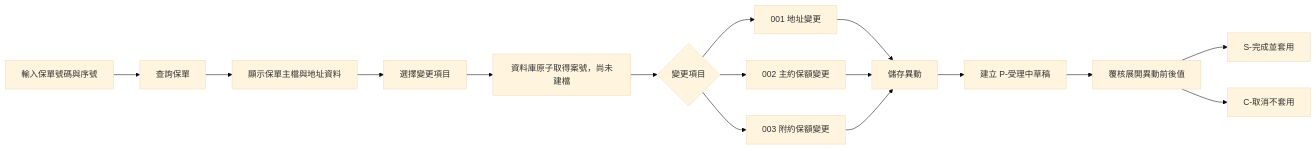
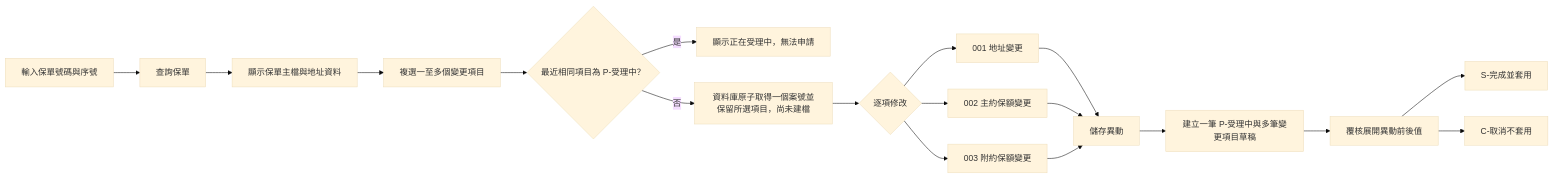
Before and after one commit to lin-chia-ying0630/pos-web: the first of 6 diagrams in readme.md, drawn with Mermaid (base theme). The commit also changed other lines of this file and 35 other files, not shown here.

````diff
--- a/readme.md
+++ b/readme.md
@@ -9,18 +33,20 @@
 ```mermaid
 flowchart LR
     A["輸入保單號碼與序號"] --> B["查詢保單"]
     B --> C["顯示保單主檔與地址資料"]
-    C --> D["選擇變更項目"]
-    D --> E["資料庫原子取得案號，尚未建檔"]
-    E --> F{"變更項目"}
+    C --> D["複選一至多個變更項目"]
+    D --> E{"最近相同項目為 P-受理中？"}
+    E -->|是| O["顯示正在受理中，無法申請"]
+    E -->|否| P["資料庫原子取得一個案號並保留所選項目，尚未建檔"]
+    P --> F{"逐項修改"}
     F --> G["001 地址變更"]
     F --> H["002 主約保額變更"]
     F --> I["003 附約保額變更"]
     G --> J["儲存異動"]
     H --> J
     I --> J
-    J --> K["建立 P-受理中草稿"]
+    J --> K["建立一筆 P-受理中與多筆變更項目草稿"]
     K --> L["覆核展開異動前後值"]
     L --> M["S-完成並套用"]
     L --> N["C-取消不套用"]
 ```
````
